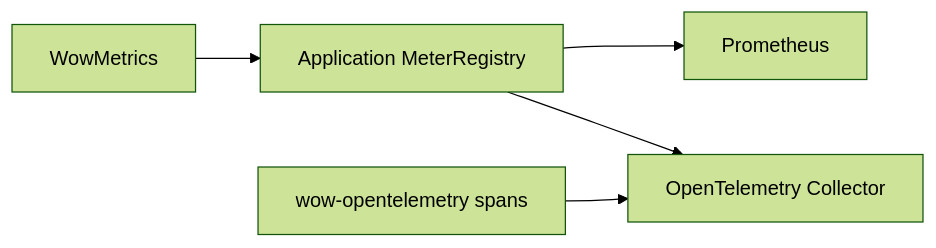
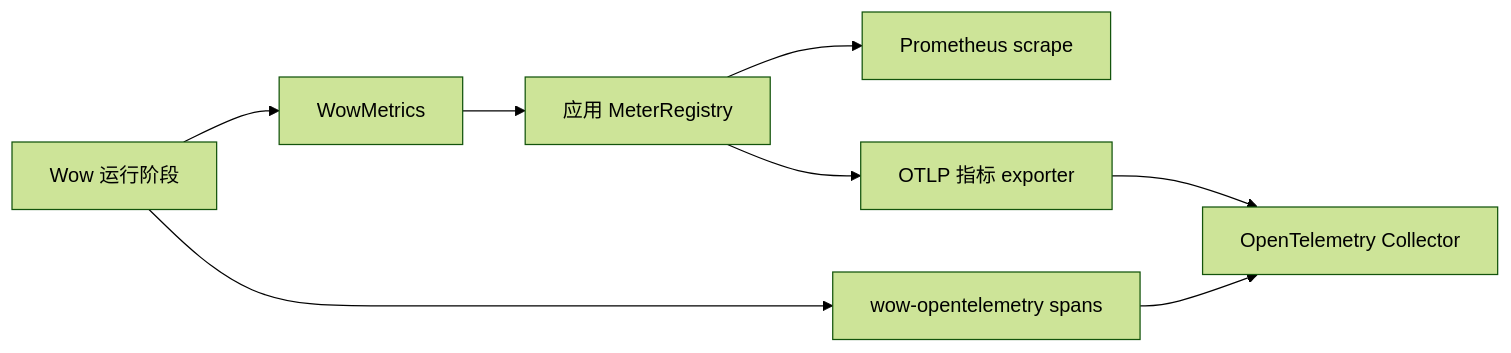
One commit to Ahoo-Wang/Wow changed the diagram in documentation/docs/zh/guide/advanced/metrics.md. Above: the diagram before and after it, drawn with Mermaid (forest theme). The commit also changed other lines of this file and 166 other files, not shown here.

````diff
--- a/documentation/docs/zh/guide/advanced/metrics.md
+++ b/documentation/docs/zh/guide/advanced/metrics.md
@@ -159,7 +122,10 @@
 ```mermaid
 flowchart LR
-    Wow["WowMetrics"] --> Registry["Application MeterRegistry"]
-    Registry --> Prometheus["Prometheus"]
-    Registry --> Collector["OpenTelemetry Collector"]
-    Tracing["wow-opentelemetry spans"] --> Collector
+    Runtime["Wow 运行阶段"] --> Metrics["WowMetrics"]
+    Metrics --> Registry["应用 MeterRegistry"]
+    Registry --> Prometheus["Prometheus scrape"]
+    Registry --> OTLP["OTLP 指标 exporter"]
+    Runtime --> Tracing["wow-opentelemetry spans"]
+    Tracing --> Collector["OpenTelemetry Collector"]
+    OTLP --> Collector
 ```
````
